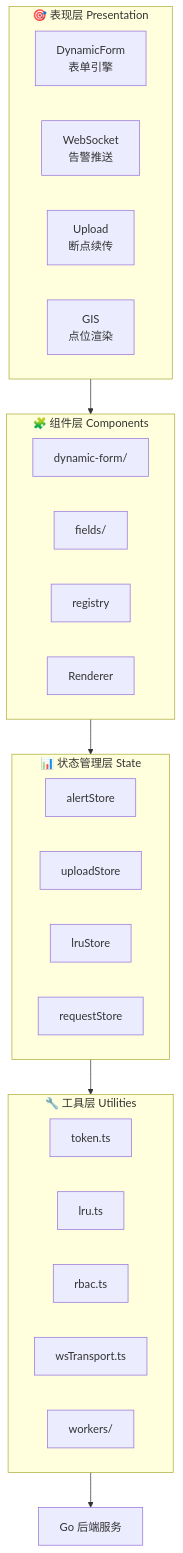
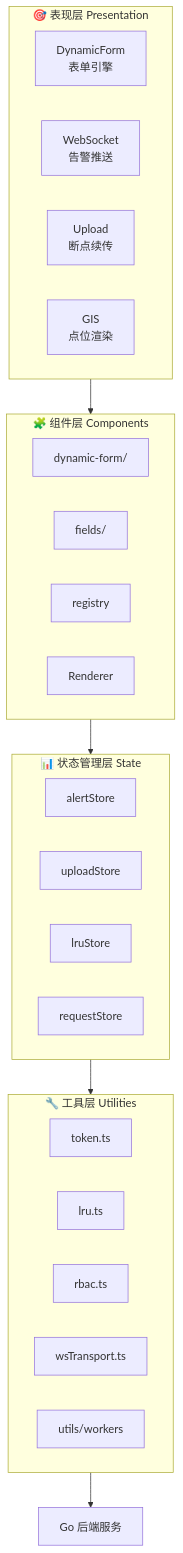
Before and after one commit to KMaybe01/interview-demo: the sixth of 46 diagrams in docs/面试亮点.md, drawn with Mermaid. The commit also changed other lines of this file and 8 other files, not shown here.

````diff
--- a/docs/面试亮点.md
+++ b/docs/面试亮点.md
@@ -319,36 +319,36 @@
 ```mermaid
 graph TB
     subgraph Presentation["🎯 表现层 Presentation"]
         DF["DynamicForm<br/>表单引擎"]
         WS["WebSocket<br/>告警推送"]
         UP["Upload<br/>断点续传"]
         GIS["GIS<br/>点位渲染"]
     end
 
     subgraph Components["🧩 组件层 Components"]
         CF["dynamic-form/"]
         FR["fields/"]
         RG["registry"]
         RE["Renderer"]
     end
 
     subgraph State["📊 状态管理层 State"]
         ZA["alertStore"]
         ZU["uploadStore"]
         ZL["lruStore"]
         ZR["requestStore"]
     end
 
     subgraph Utils["🔧 工具层 Utilities"]
         TK["token.ts"]
         LR["lru.ts"]
         RB["rbac.ts"]
         WSX["wsTransport.ts"]
-        WK["workers/"]
+        WK["utils/workers"]
     end
 
     Presentation --> Components
     Components --> State
     State --> Utils
     Utils --> BackendLayer["Go 后端服务"]
 ```
````
